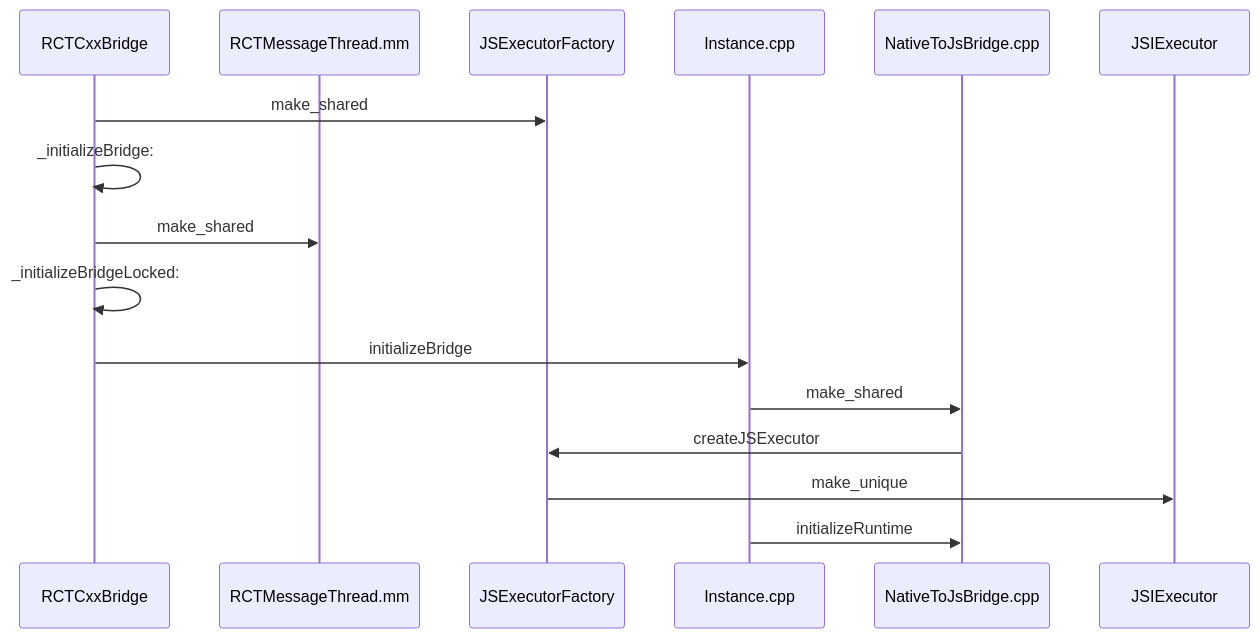
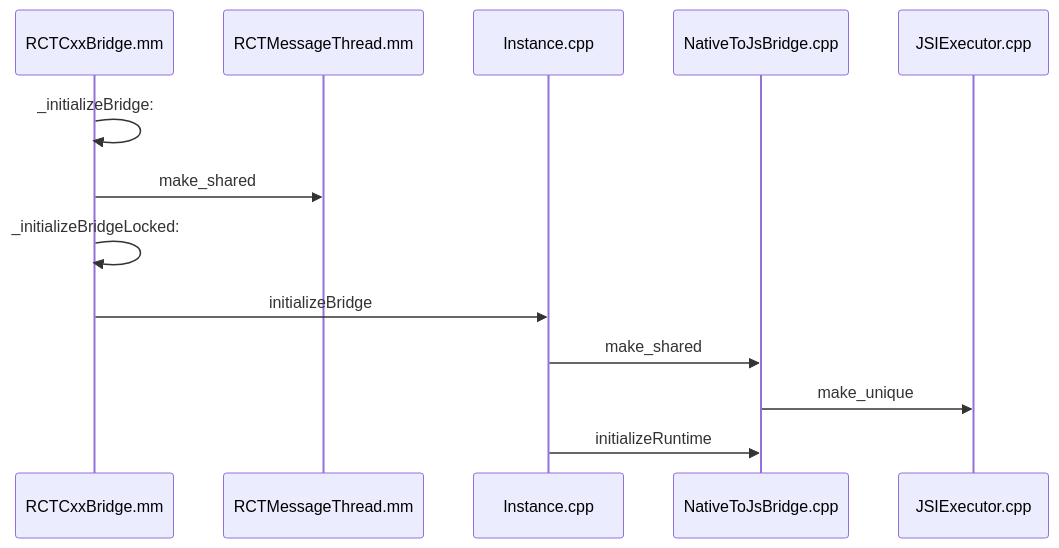
One commit to yianzhou/yianzhou.github.io changed the second of 2 diagrams in _posts/apple/2021-04-26-react.md. Above: the diagram before and after it, drawn with Mermaid. The commit also changed other lines of this file and 2 other files, not shown here.

```diff
--- a/_posts/apple/2021-04-26-react.md
+++ b/_posts/apple/2021-04-26-react.md
@@ -307,14 +316,15 @@
 <div class="mermaid">
 sequenceDiagram
-    participant RCTCxxBridge
-    participant RCTMessageThread.mm
-    RCTCxxBridge->>JSExecutorFactory: make_shared
+    participant RCTCxxBridge as RCTCxxBridge.mm
+    participant RCTMessageThread as RCTMessageThread.mm
+    participant Instance as Instance.cpp
+    participant NativeToJsBridge as NativeToJsBridge.cpp
+    participant JSIExecutor as JSIExecutor.cpp
     RCTCxxBridge->>RCTCxxBridge: _initializeBridge:
-    RCTCxxBridge->>RCTMessageThread.mm: make_shared
+    RCTCxxBridge->>RCTMessageThread: make_shared
     RCTCxxBridge->>RCTCxxBridge: _initializeBridgeLocked:
-    RCTCxxBridge->>Instance.cpp: initializeBridge
-    Instance.cpp->>NativeToJsBridge.cpp: make_shared
-    NativeToJsBridge.cpp->>JSExecutorFactory: createJSExecutor
-    JSExecutorFactory->>JSIExecutor: make_unique
-    Instance.cpp->>NativeToJsBridge.cpp: initializeRuntime
+    RCTCxxBridge->>Instance: initializeBridge
+    Instance->>NativeToJsBridge: make_shared
+    NativeToJsBridge->>JSIExecutor: make_unique
+    Instance->>NativeToJsBridge: initializeRuntime
 </div>
```
